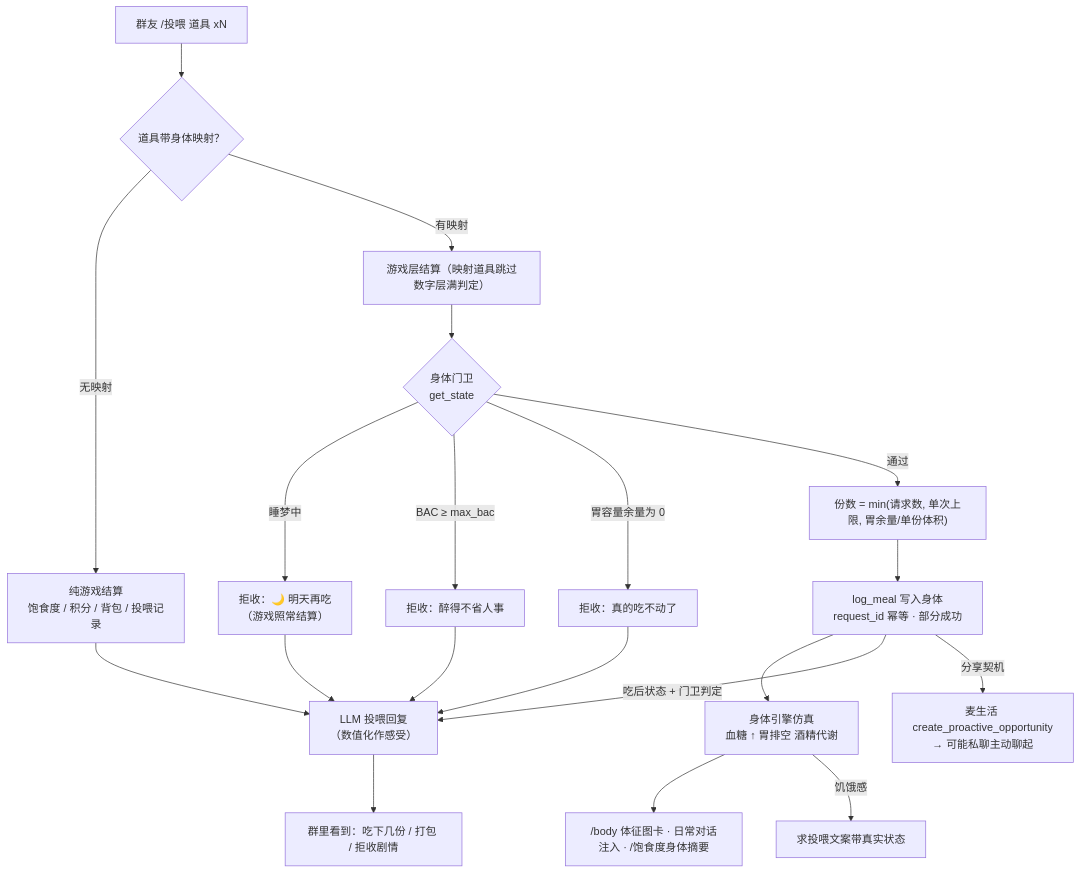
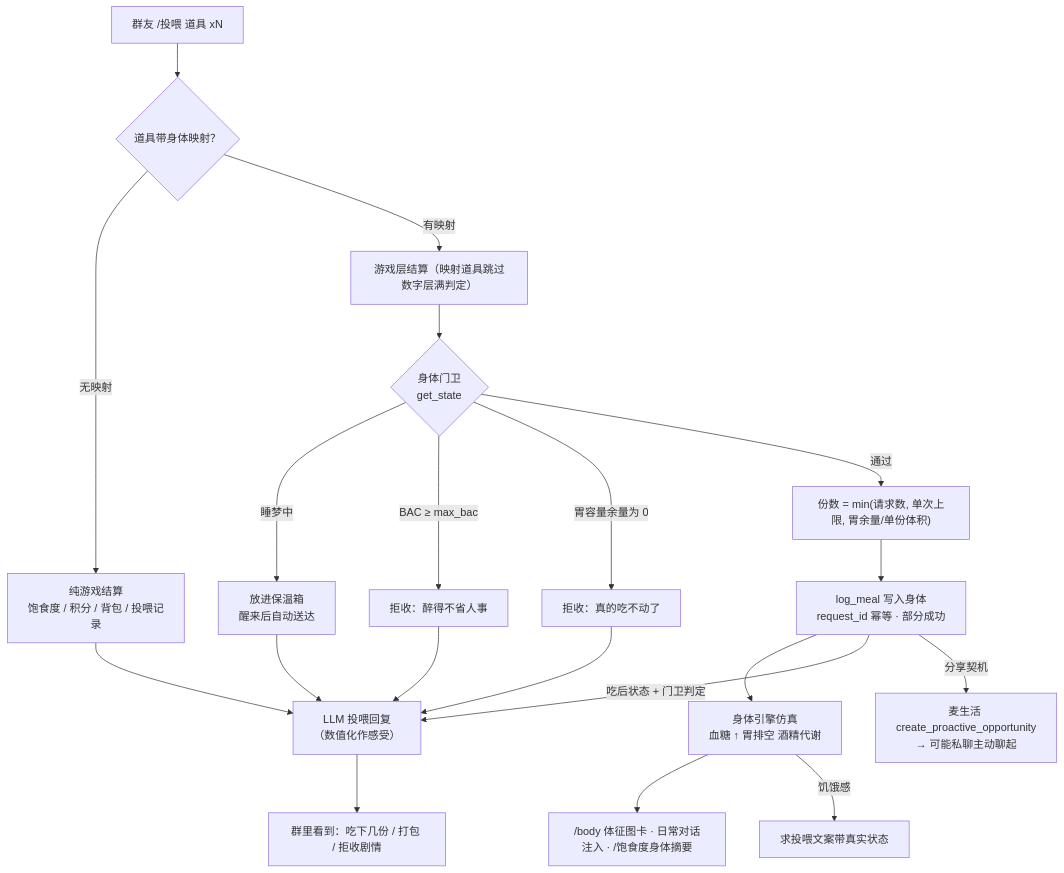
The diagram in README.md (NetaJuutilainen/maibot-maimai-feed-bot), drawn with Mermaid before and after one commit. The commit also changed other lines of this file and 8 other files, not shown here.

````diff
--- a/README.md
+++ b/README.md
@@ -280,22 +285,22 @@
 ```mermaid
 flowchart TD
     A["群友 /投喂 道具 xN"] --> B{"道具带身体映射？"}
     B -- "无映射" --> C["纯游戏结算<br/>饱食度 / 积分 / 背包 / 投喂记录"]
     B -- "有映射" --> D["游戏层结算（映射道具跳过数字层满判定）"]
     D --> E{"身体门卫<br/>get_state"}
-    E -- "睡梦中" --> F["拒收：🌙 明天再吃<br/>（游戏照常结算）"]
+    E -- "睡梦中" --> F["放进保温箱<br/>醒来后自动送达"]
     E -- "BAC ≥ max_bac" --> G["拒收：醉得不省人事"]
     E -- "胃容量余量为 0" --> H["拒收：真的吃不动了"]
     E -- "通过" --> I["份数 = min(请求数, 单次上限, 胃余量/单份体积)"]
     I --> J["log_meal 写入身体<br/>request_id 幂等 · 部分成功"]
     J --> K["身体引擎仿真<br/>血糖 ↑ 胃排空 酒精代谢"]
     J -- "吃后状态 + 门卫判定" --> L["LLM 投喂回复<br/>（数值化作感受）"]
     C --> L
     F --> L
     G --> L
     H --> L
     L --> M["群里看到：吃下几份 / 打包 / 拒收剧情"]
     K --> N["/body 体征图卡 · 日常对话注入 · /饱食度身体摘要"]
     K -- "饥饿感" --> O["求投喂文案带真实状态"]
     J -- "分享契机" --> P["麦生活 create_proactive_opportunity<br/>→ 可能私聊主动聊起"]
 ```
````
